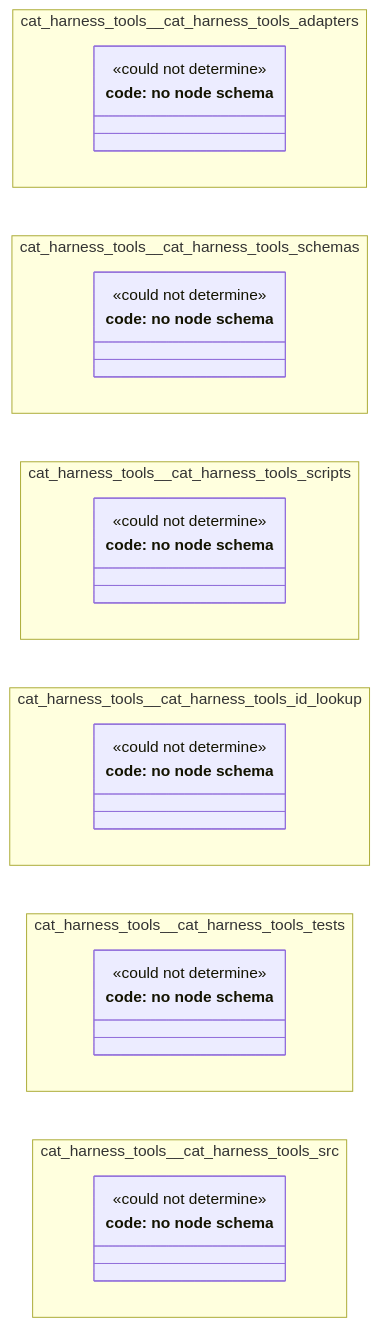
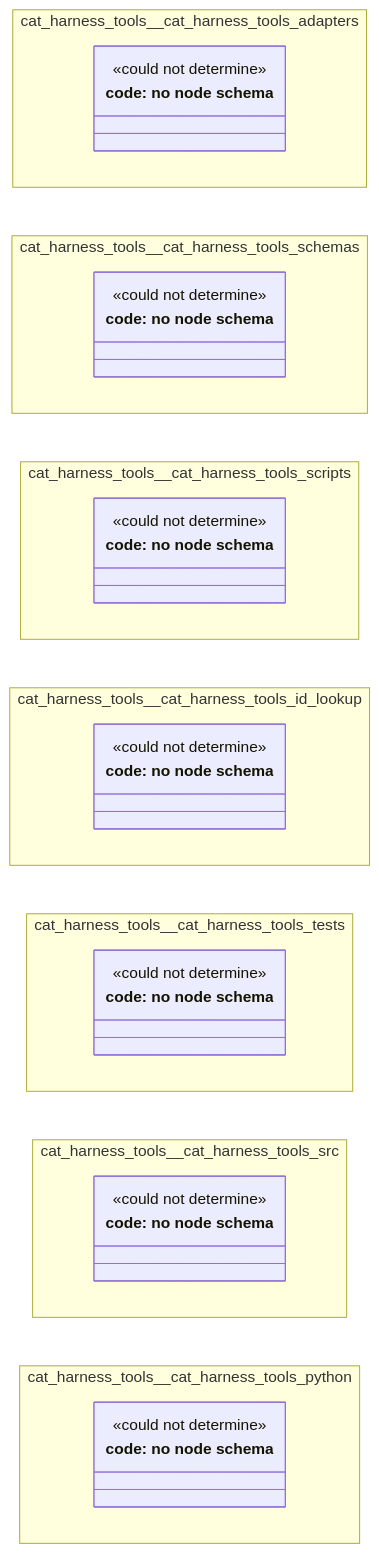
Before and after one commit to litlfred/folio-assistant: the diagram in cat-harness/docs/uml/overview/cat-harness-tools.md, drawn with Mermaid. The commit also changed other lines of this file and 40 other files, not shown here.

First line of the commit message:
regen after root cleanup P3: subgraph READMEs for python/ and upstream/, UML overview, auto-docs

````diff
--- a/cat-harness/docs/uml/overview/cat-harness-tools.md
+++ b/cat-harness/docs/uml/overview/cat-harness-tools.md
@@ -52,46 +54,53 @@
 ```mermaid
 classDiagram
   direction LR
   namespace cat_harness_tools__cat_harness_tools_adapters {
     class n_cat_harness_tools_cat_harness_tools_adapters_code["code: no node schema"] {
       <<could not determine>>
     }
   }
   namespace cat_harness_tools__cat_harness_tools_schemas {
     class n_cat_harness_tools_cat_harness_tools_schemas_code["code: no node schema"] {
       <<could not determine>>
     }
   }
   namespace cat_harness_tools__cat_harness_tools_scripts {
     class n_cat_harness_tools_cat_harness_tools_scripts_code["code: no node schema"] {
       <<could not determine>>
     }
   }
   namespace cat_harness_tools__cat_harness_tools_id_lookup {
     class n_cat_harness_tools_cat_harness_tools_id_lookup_code["code: no node schema"] {
       <<could not determine>>
     }
   }
   namespace cat_harness_tools__cat_harness_tools_tests {
     class n_cat_harness_tools_cat_harness_tools_tests_code["code: no node schema"] {
       <<could not determine>>
     }
   }
   namespace cat_harness_tools__cat_harness_tools_src {
     class n_cat_harness_tools_cat_harness_tools_src_code["code: no node schema"] {
       <<could not determine>>
     }
   }
+  namespace cat_harness_tools__cat_harness_tools_python {
+    class n_cat_harness_tools_cat_harness_tools_python_code["code: no node schema"] {
+      <<could not determine>>
+    }
+  }
   cssClass "n_cat_harness_tools_cat_harness_tools_adapters_code" fa_uml_kind_code
   cssClass "n_cat_harness_tools_cat_harness_tools_adapters_code" fa_uml_undetermined
   cssClass "n_cat_harness_tools_cat_harness_tools_schemas_code" fa_uml_kind_code
   cssClass "n_cat_harness_tools_cat_harness_tools_schemas_code" fa_uml_undetermined
   cssClass "n_cat_harness_tools_cat_harness_tools_scripts_code" fa_uml_kind_code
   cssClass "n_cat_harness_tools_cat_harness_tools_scripts_code" fa_uml_undetermined
   cssClass "n_cat_harness_tools_cat_harness_tools_id_lookup_code" fa_uml_kind_code
   cssClass "n_cat_harness_tools_cat_harness_tools_id_lookup_code" fa_uml_undetermined
   cssClass "n_cat_harness_tools_cat_harness_tools_tests_code" fa_uml_kind_code
   cssClass "n_cat_harness_tools_cat_harness_tools_tests_code" fa_uml_undetermined
   cssClass "n_cat_harness_tools_cat_harness_tools_src_code" fa_uml_kind_code
   cssClass "n_cat_harness_tools_cat_harness_tools_src_code" fa_uml_undetermined
+  cssClass "n_cat_harness_tools_cat_harness_tools_python_code" fa_uml_kind_code
+  cssClass "n_cat_harness_tools_cat_harness_tools_python_code" fa_uml_undetermined
 ```
````
